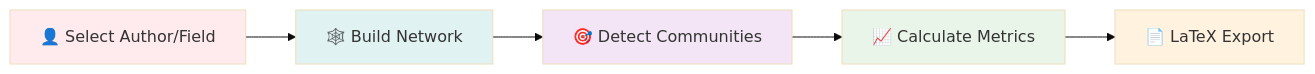
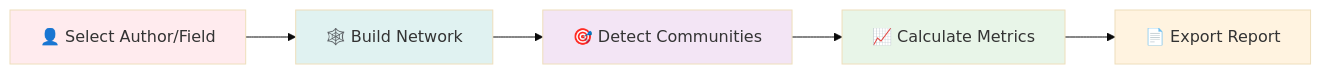
The second of 3 diagrams in docs/index.md (dagny099/citation-compass), drawn with Mermaid (base theme) before and after one commit. The commit also changed other lines of this file and 3 other files, not shown here.

````diff
--- a/docs/index.md
+++ b/docs/index.md
@@ -292,13 +106,13 @@
         ```mermaid
         flowchart LR
             A["👤 Select Author/Field"] --> B["🕸️ Build Network"]
             B --> C["🎯 Detect Communities"]
             C --> D["📈 Calculate Metrics"]
-            D --> E["📄 LaTeX Export"]
-            
+            D --> E["📄 Export Report"]
+
             style A fill:#ffebee
             style B fill:#e0f2f1
             style C fill:#f3e5f5
             style D fill:#e8f5e8
             style E fill:#fff3e0
         ```
````
